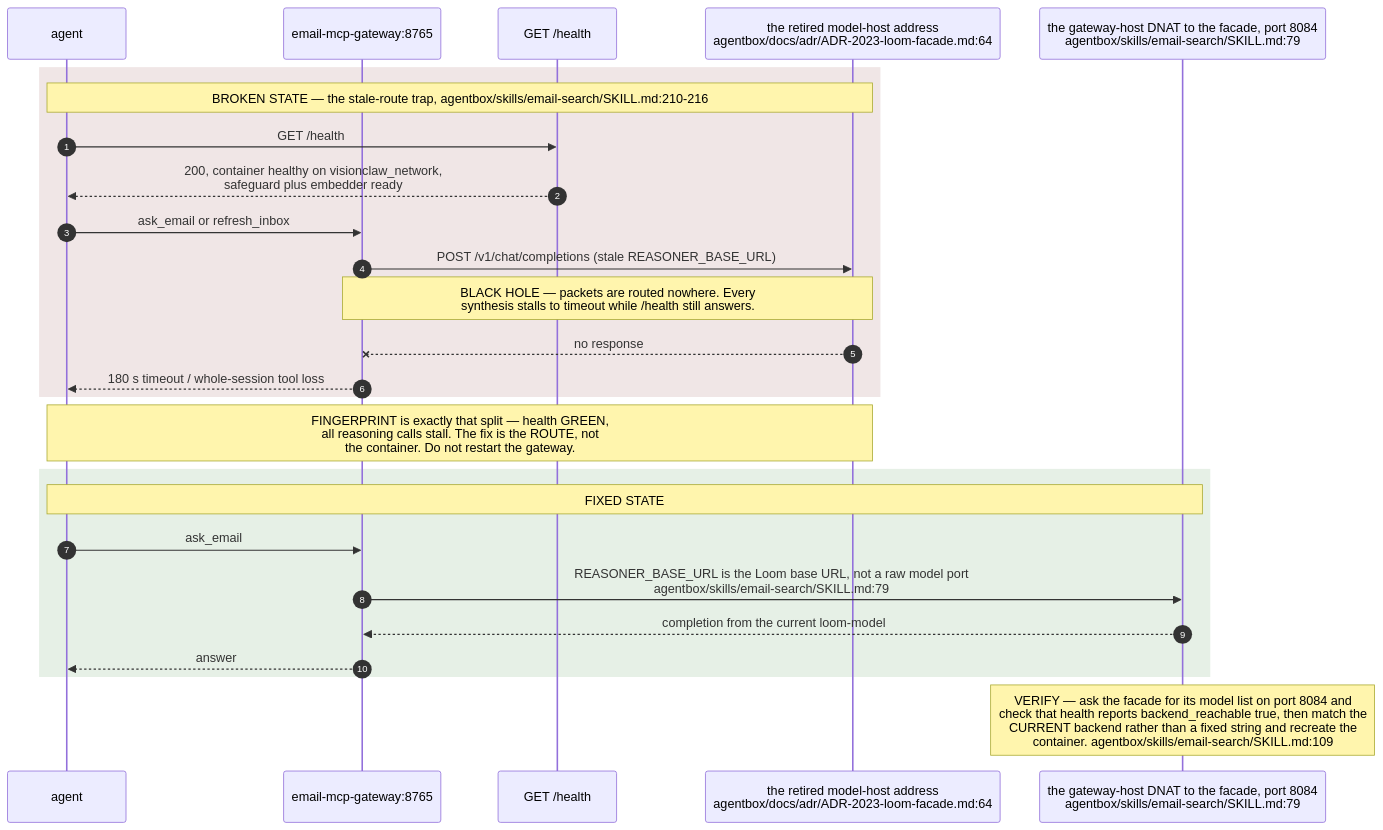
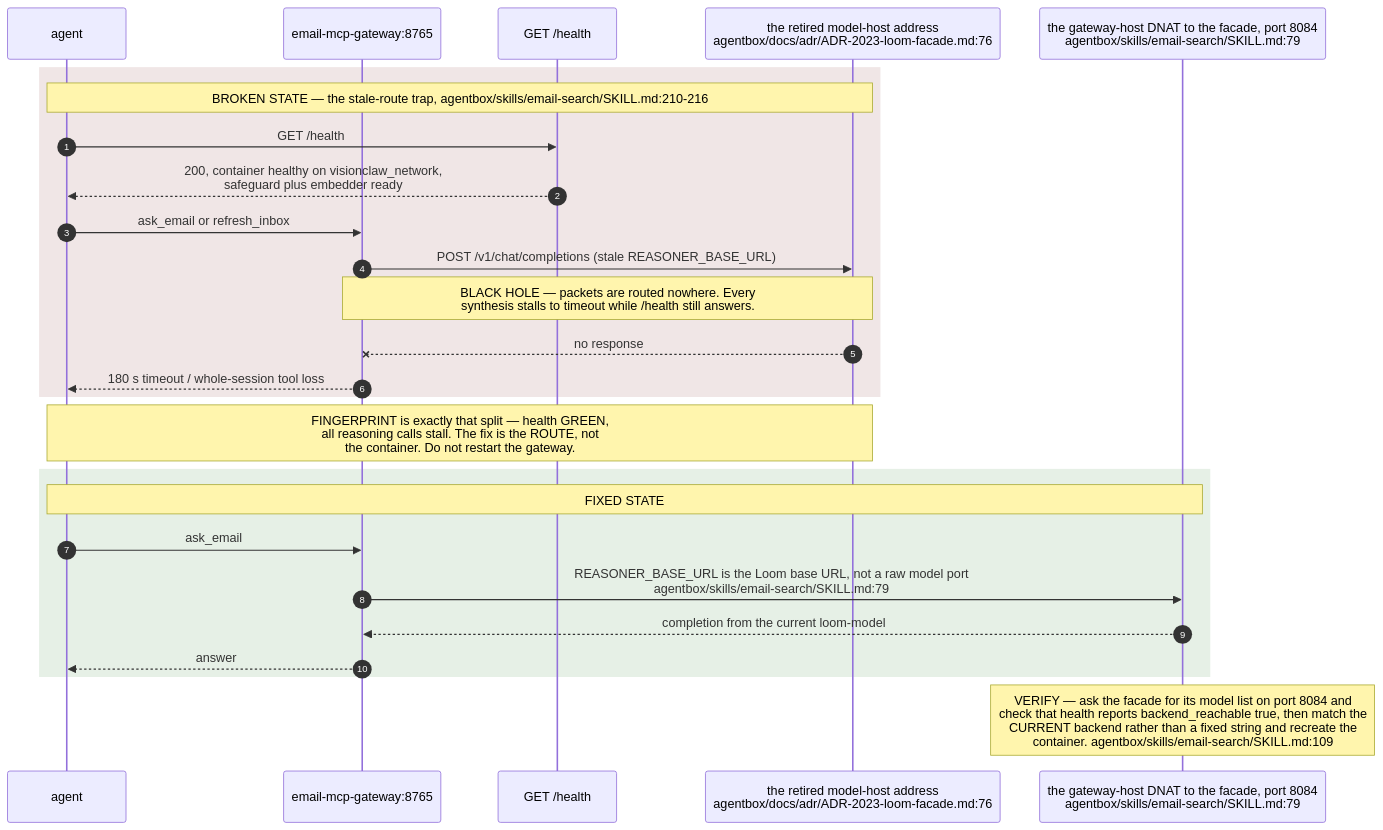
Before and after one commit to DreamLab-AI/VisionFlow: the seventh of 11 diagrams in docs/diagrams/estate/06-loom-and-email-privacy-path.md, drawn with Mermaid. The commit also changed other lines of this file and 154 other files, not shown here.

First line of the commit message:
docs(diagrams): re-stamp 154 topics whose every citation still reads the same text at the current heads

````diff
--- a/docs/diagrams/estate/06-loom-and-email-privacy-path.md
+++ b/docs/diagrams/estate/06-loom-and-email-privacy-path.md
@@ -244,29 +244,29 @@
 ```mermaid
 sequenceDiagram
     autonumber
     participant A as agent
     participant G as email-mcp-gateway:8765
     participant H as GET /health
-    participant DEAD as the retired model-host address<br/>agentbox/docs/adr/ADR-2023-loom-facade.md:64
+    participant DEAD as the retired model-host address<br/>agentbox/docs/adr/ADR-2023-loom-facade.md:76
     participant GOOD as the gateway-host DNAT to the facade, port 8084<br/>agentbox/skills/email-search/SKILL.md:79
 
     rect rgb(240,230,230)
     Note over A,DEAD: BROKEN STATE — the stale-route trap, agentbox/skills/email-search/SKILL.md:210-216
     A->>H: GET /health
     H-->>A: 200, container healthy on visionclaw_network,<br/>safeguard plus embedder ready
     A->>G: ask_email or refresh_inbox
     G->>DEAD: POST /v1/chat/completions (stale REASONER_BASE_URL)
     Note over G,DEAD: BLACK HOLE — packets are routed nowhere. Every<br/>synthesis stalls to timeout while /health still answers.
     DEAD--xG: no response
     G-->>A: 180 s timeout / whole-session tool loss
     end
     Note over A,DEAD: FINGERPRINT is exactly that split — health GREEN,<br/>all reasoning calls stall. The fix is the ROUTE, not<br/>the container. Do not restart the gateway.
     rect rgb(230,240,230)
     Note over A,GOOD: FIXED STATE
     A->>G: ask_email
     G->>GOOD: REASONER_BASE_URL is the Loom base URL, not a raw model port<br/>agentbox/skills/email-search/SKILL.md:79
     GOOD-->>G: completion from the current loom-model
     G-->>A: answer
     end
     Note over GOOD: VERIFY — ask the facade for its model list on port 8084 and<br/>check that health reports backend_reachable true, then match the<br/>CURRENT backend rather than a fixed string and recreate the<br/>container. agentbox/skills/email-search/SKILL.md:109
 ```
````
